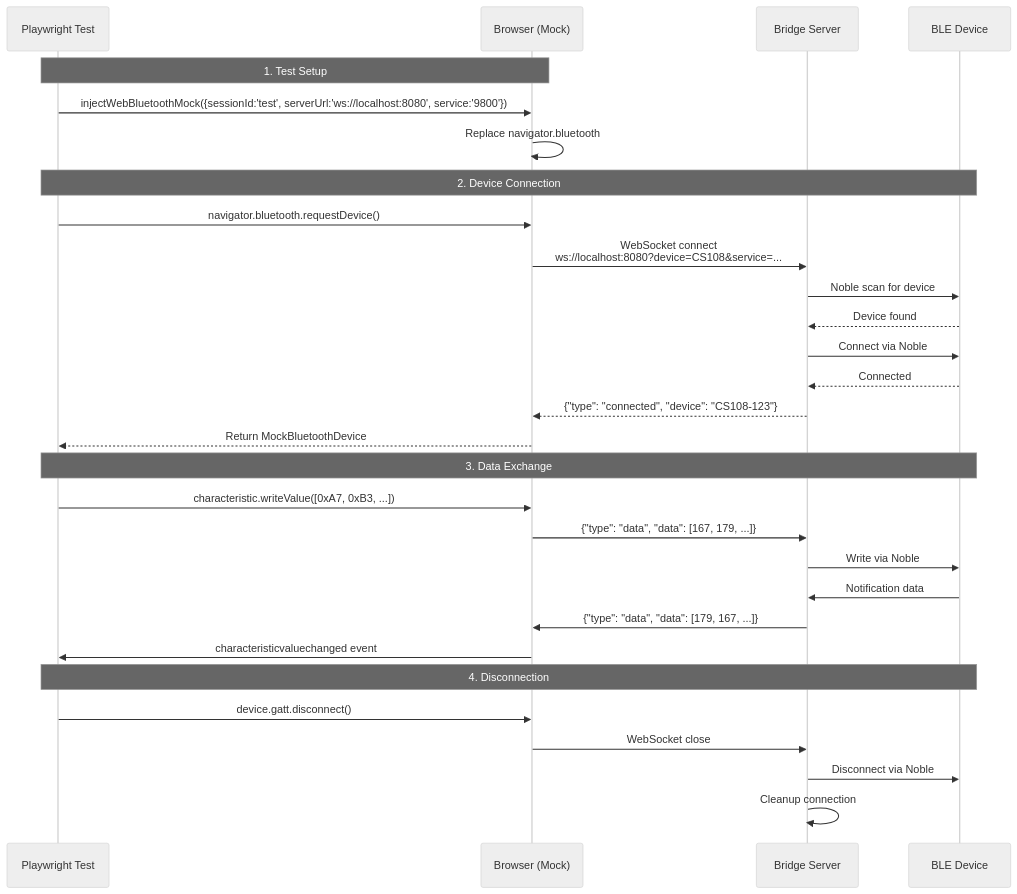
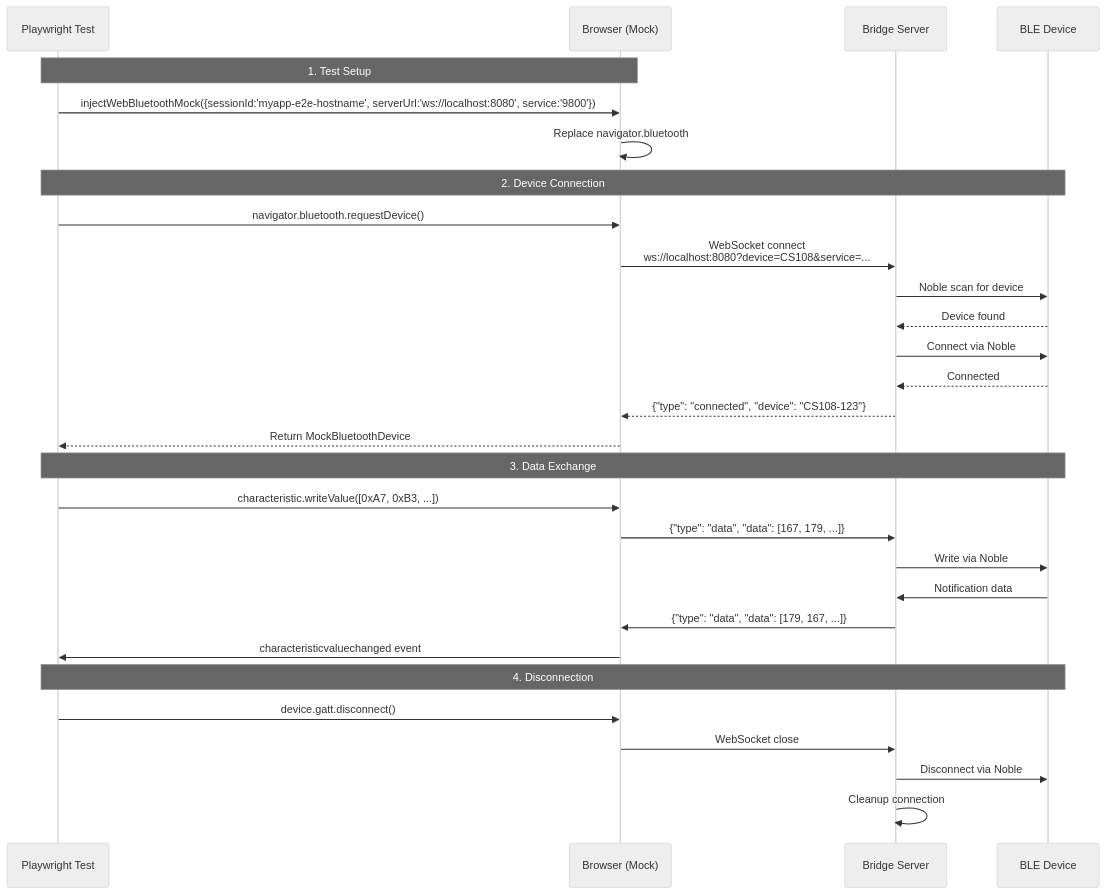
Before and after one commit to ble-mcp-test/ble-mcp-test: the diagram in README.md, drawn with Mermaid (neutral theme).

Commit message:
docs: fix missed sessionId in sequence diagram
Update sequence diagram to use standardized pattern

🤖 Generated with [Claude Code](https://claude.ai/code)

````diff
--- a/README.md
+++ b/README.md
@@ -34,36 +34,36 @@
 ```mermaid
 sequenceDiagram
     participant Test as Playwright Test
     participant Browser as Browser (Mock)
     participant Bridge as Bridge Server
     participant BLE as BLE Device
 
     Note over Test,Browser: 1. Test Setup
-    Test->>Browser: injectWebBluetoothMock({sessionId:'test', serverUrl:'ws://localhost:8080', service:'9800'})
+    Test->>Browser: injectWebBluetoothMock({sessionId:'myapp-e2e-hostname', serverUrl:'ws://localhost:8080', service:'9800'})
     Browser->>Browser: Replace navigator.bluetooth
 
     Note over Test,BLE: 2. Device Connection
     Test->>Browser: navigator.bluetooth.requestDevice()
     Browser->>Bridge: WebSocket connect<br/>ws://localhost:8080?device=CS108&service=...
     Bridge->>BLE: Noble scan for device
     BLE-->>Bridge: Device found
     Bridge->>BLE: Connect via Noble
     BLE-->>Bridge: Connected
     Bridge-->>Browser: {"type": "connected", "device": "CS108-123"}
     Browser-->>Test: Return MockBluetoothDevice
 
     Note over Test,BLE: 3. Data Exchange
     Test->>Browser: characteristic.writeValue([0xA7, 0xB3, ...])
     Browser->>Bridge: {"type": "data", "data": [167, 179, ...]}
     Bridge->>BLE: Write via Noble
     
     BLE->>Bridge: Notification data
     Bridge->>Browser: {"type": "data", "data": [179, 167, ...]}
     Browser->>Test: characteristicvaluechanged event
 
     Note over Test,BLE: 4. Disconnection
     Test->>Browser: device.gatt.disconnect()
     Browser->>Bridge: WebSocket close
     Bridge->>BLE: Disconnect via Noble
     Bridge->>Bridge: Cleanup connection
 ```
````
